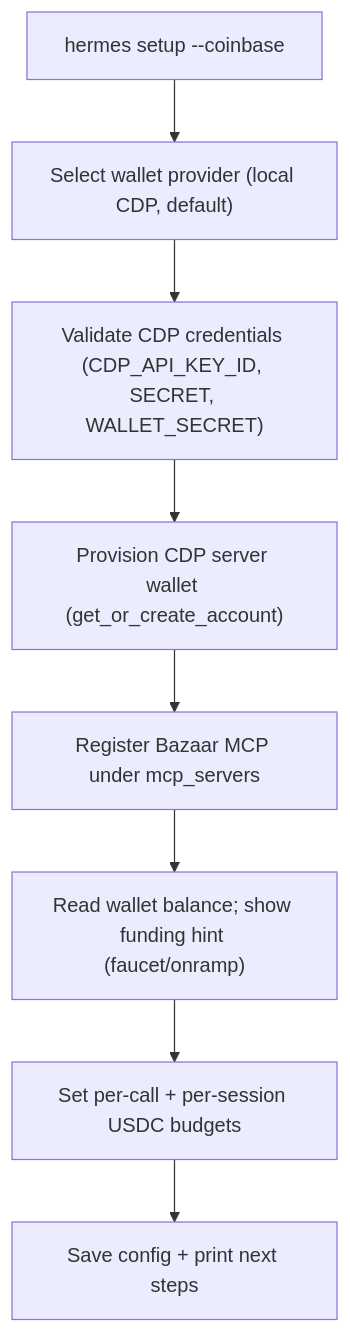
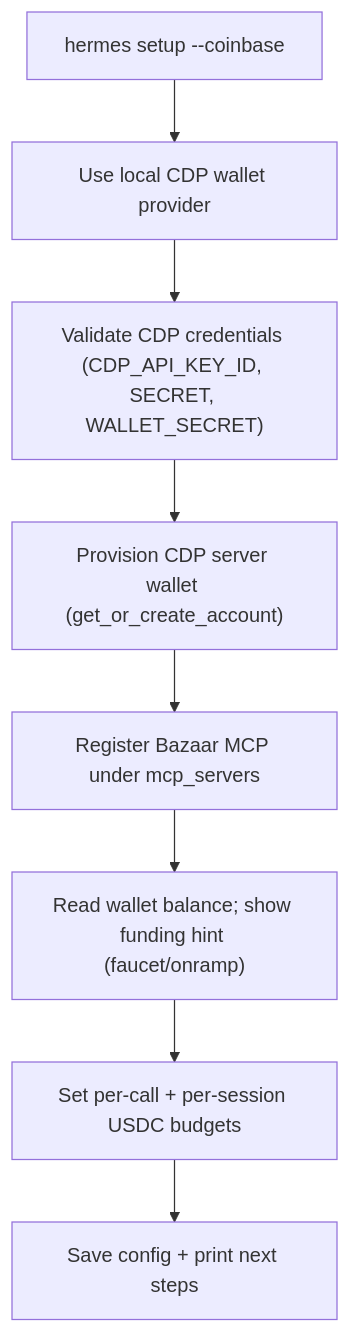
The diagram in examples/onboarding_walkthrough.md (CarsonRoscoe/Hermes-x402-CDP-Plugin), drawn with Mermaid before and after one commit. The commit also changed other lines of this file and 50 other files, not shown here.

````diff
--- a/examples/onboarding_walkthrough.md
+++ b/examples/onboarding_walkthrough.md
@@ -9,10 +9,10 @@
 ```mermaid
 flowchart TD
-  start["hermes setup --coinbase"] --> provider["Select wallet provider (local CDP, default)"]
+  start["hermes setup --coinbase"] --> provider["Use local CDP wallet provider"]
   provider --> creds["Validate CDP credentials (CDP_API_KEY_ID, SECRET, WALLET_SECRET)"]
   creds --> wallet["Provision CDP server wallet (get_or_create_account)"]
   wallet --> register["Register Bazaar MCP under mcp_servers"]
   register --> fund["Read wallet balance; show funding hint (faucet/onramp)"]
   fund --> budgets["Set per-call + per-session USDC budgets"]
   budgets --> save["Save config + print next steps"]
 ```
````
